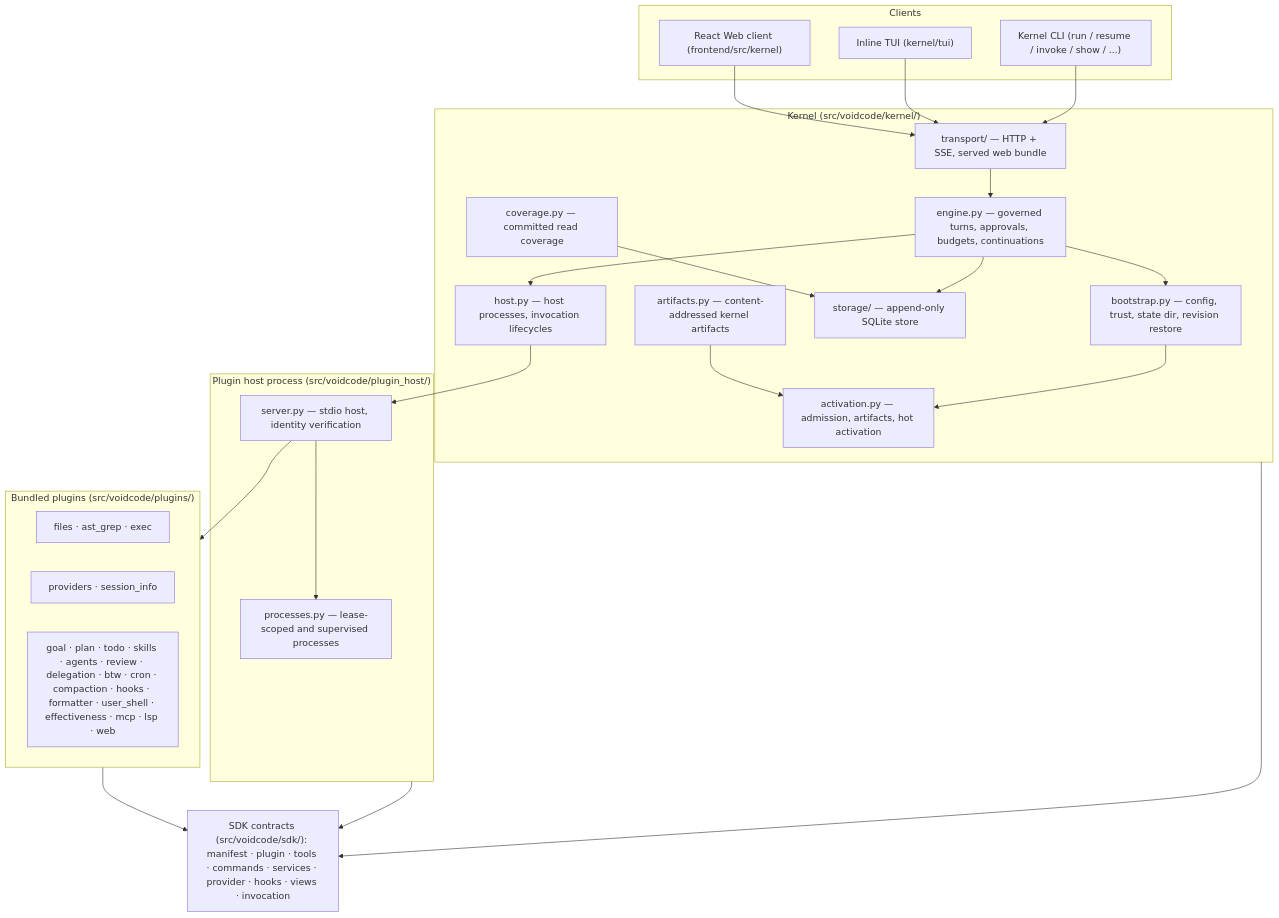
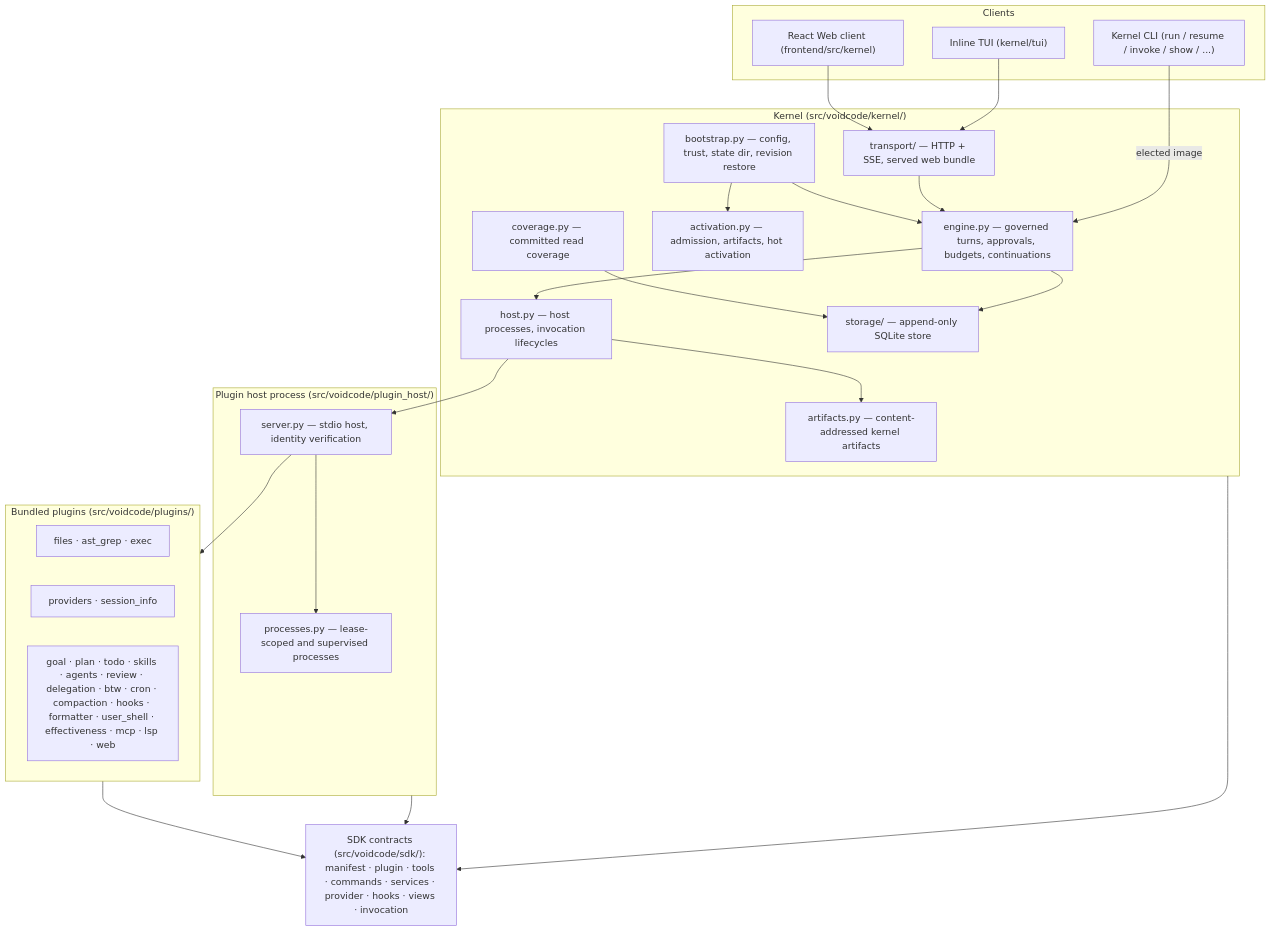
One commit to lei-jia-xing/voidcode changed the diagram in docs/architecture.md. Above: the diagram before and after it, drawn with Mermaid. The commit also changed other lines of this file and 102 other files, not shown here.

````diff
--- a/docs/architecture.md
+++ b/docs/architecture.md
@@ -24,49 +24,49 @@
 ```mermaid
 graph TD
     subgraph Clients["Clients"]
         CLI["Kernel CLI (run / resume / invoke / show / ...)"]
         TUI["Inline TUI (kernel/tui)"]
         Web["React Web client (frontend/src/kernel)"]
     end
 
     subgraph Kernel["Kernel (src/voidcode/kernel/)"]
         Engine["engine.py — governed turns, approvals, budgets, continuations"]
         Bootstrap["bootstrap.py — config, trust, state dir, revision restore"]
         Activation["activation.py — admission, artifacts, hot activation"]
         HostClient["host.py — host processes, invocation lifecycles"]
         Storage["storage/ — append-only SQLite store"]
         Transport["transport/ — HTTP + SSE, served web bundle"]
         Artifacts["artifacts.py — content-addressed kernel artifacts"]
         Coverage["coverage.py — committed read coverage"]
     end
 
     subgraph HostProcess["Plugin host process (src/voidcode/plugin_host/)"]
         Stdio["server.py — stdio host, identity verification"]
         Processes["processes.py — lease-scoped and supervised processes"]
     end
 
     subgraph Plugins["Bundled plugins (src/voidcode/plugins/)"]
         Files["files · ast_grep · exec"]
         Model["providers · session_info"]
         Product["goal · plan · todo · skills · agents · review · delegation · btw · cron · compaction · hooks · formatter · user_shell · effectiveness · mcp · lsp · web"]
     end
 
     SDK["SDK contracts (src/voidcode/sdk/): manifest · plugin · tools · commands · services · provider · hooks · views · invocation"]
 
-    CLI --> Transport
+    CLI -->|elected image| Engine
     TUI --> Transport
     Web --> Transport
     Transport --> Engine
-    Engine --> Bootstrap
     Engine --> HostClient
     Engine --> Storage
     Bootstrap --> Activation
-    Artifacts --> Activation
+    Bootstrap --> Engine
     Coverage --> Storage
     HostClient --> Stdio
+    HostClient --> Artifacts
     Stdio --> Processes
     Stdio --> Plugins
     Kernel --> SDK
     HostProcess --> SDK
     Plugins --> SDK
 ```
````
